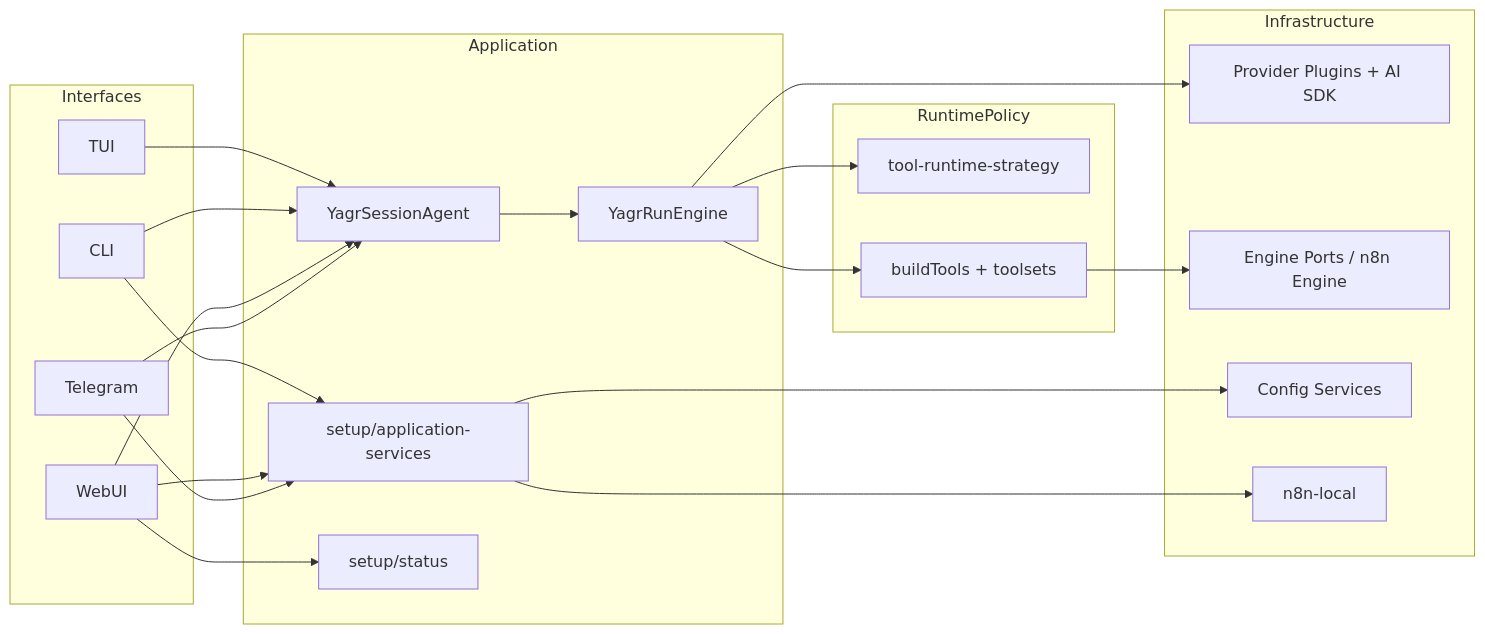
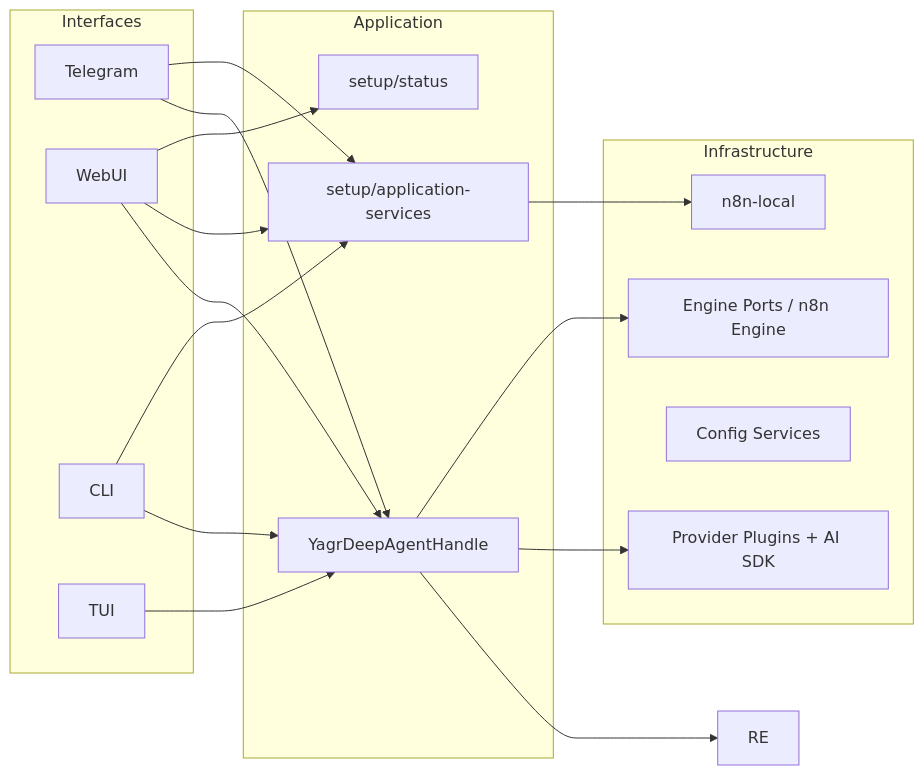
One commit to EtienneLescot/yagr changed the fourth of 4 diagrams in architecture/current/system-overview.md. Above: the diagram before and after it, drawn with Mermaid. The commit also changed other lines of this file and 30 other files, not shown here.

````diff
--- a/architecture/current/system-overview.md
+++ b/architecture/current/system-overview.md
@@ -363,44 +353,35 @@
 ```mermaid
 flowchart LR
     subgraph Interfaces
       TG[Telegram]
       WEB[WebUI]
       CLI[CLI]
       TUI[TUI]
     end
 
     subgraph Application
-      AG[YagrSessionAgent]
-      RE[YagrRunEngine]
+      AG[YagrDeepAgentHandle]
       AS[setup/application-services]
       ST[setup/status]
-    end
-
-    subgraph RuntimePolicy
-      STRAT[tool-runtime-strategy]
-      TOOLS[buildTools + toolsets]
     end
 
     subgraph Infrastructure
       LLM[Provider Plugins + AI SDK]
       ENG[Engine Ports / n8n Engine]
       CFG[Config Services]
       N8NLOCAL[n8n-local]
     end
 
     TG --> AG
     WEB --> AG
     CLI --> AG
     TUI --> AG
     TG --> AS
     WEB --> AS
     CLI --> AS
     AG --> RE
     WEB --> ST
-    RE --> STRAT
-    RE --> LLM
-    RE --> TOOLS
-    TOOLS --> ENG
-    AS --> CFG
+    AG --> LLM
+    AG --> ENG
     AS --> N8NLOCAL
 ```
````
